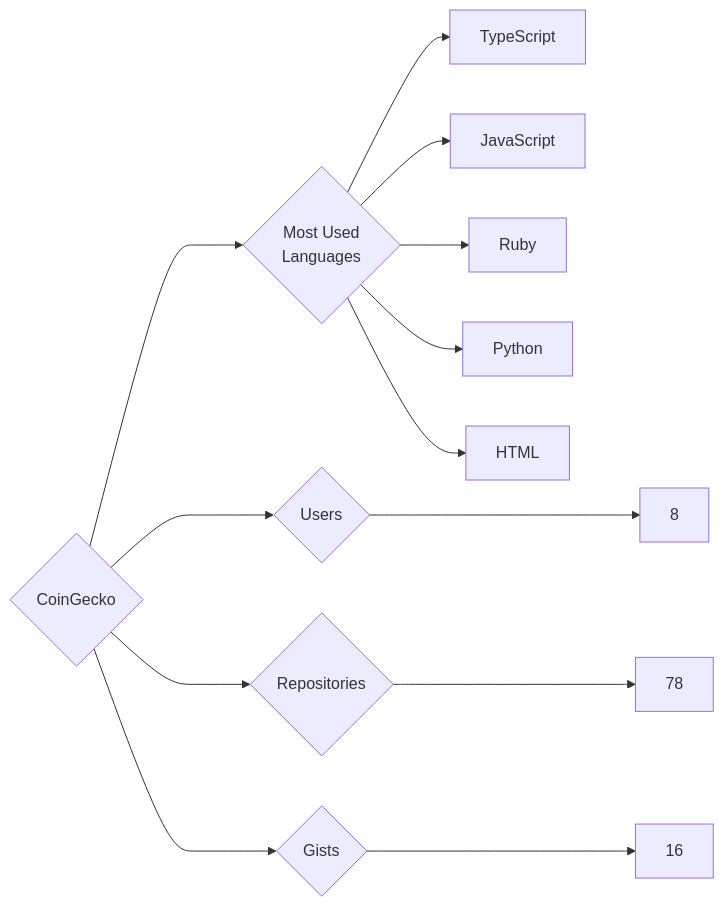
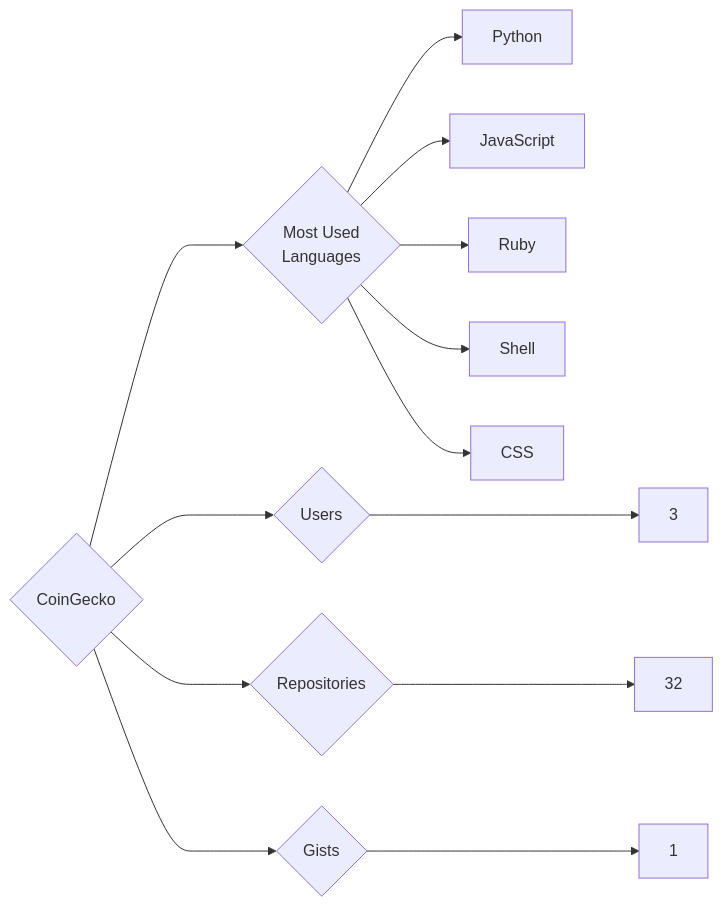
The diagram in targets/CoinGecko/README.md (trickest/insiders), drawn with Mermaid before and after one commit. The commit also changed 611 other files, not shown here.

````diff
--- a/targets/CoinGecko/README.md
+++ b/targets/CoinGecko/README.md
@@ -3,13 +3,13 @@
 ```mermaid
 graph LR
 COMPANY_NAME{CoinGecko}
-COMPANY_NAME ---> U{Users} ---> UN[8]
-COMPANY_NAME ---> R{Repositories} ---> RN[78]
-COMPANY_NAME ---> G{Gists} ---> GN[16]
+COMPANY_NAME ---> U{Users} ---> UN[3]
+COMPANY_NAME ---> R{Repositories} ---> RN[32]
+COMPANY_NAME ---> G{Gists} ---> GN[1]
 COMPANY_NAME ---> ML{Most Used<br>Languages}
-ML --> TypeScript[TypeScript]
+ML --> Python[Python]
 ML --> JavaScript[JavaScript]
 ML --> Ruby[Ruby]
-ML --> Python[Python]
-ML --> HTML[HTML]
+ML --> Shell[Shell]
+ML --> CSS[CSS]
 ```
````
